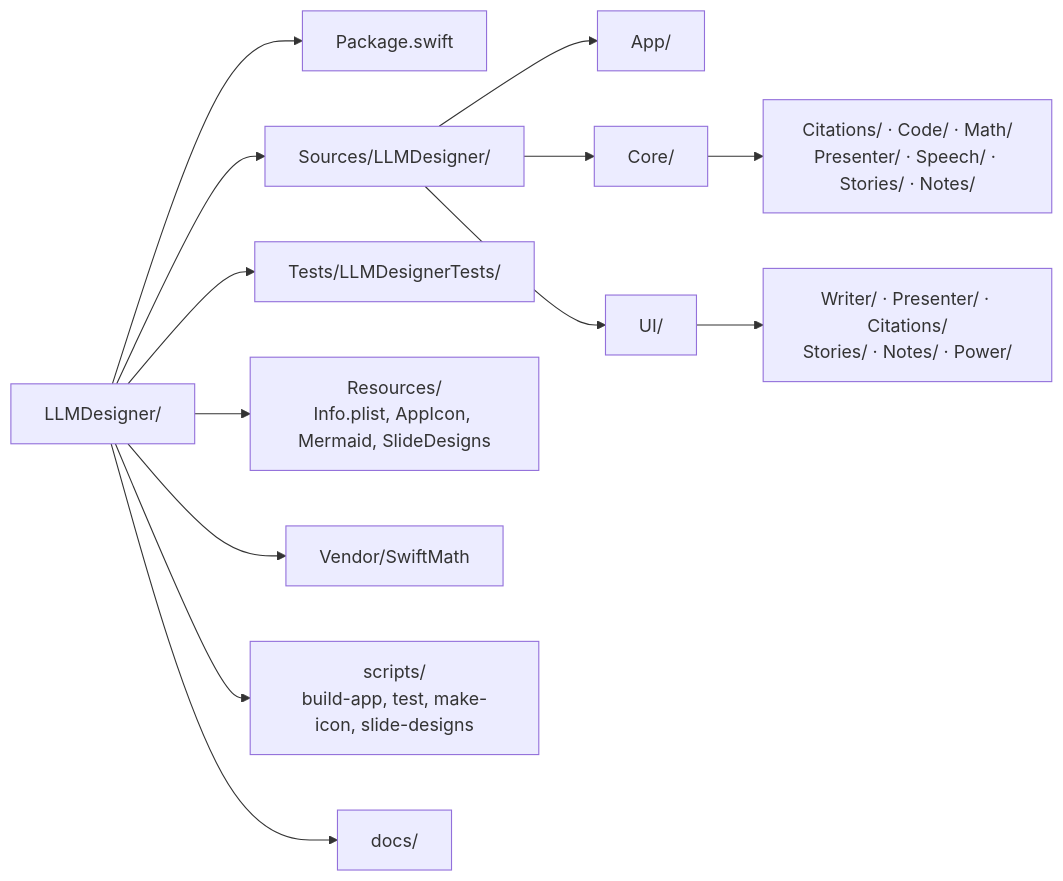
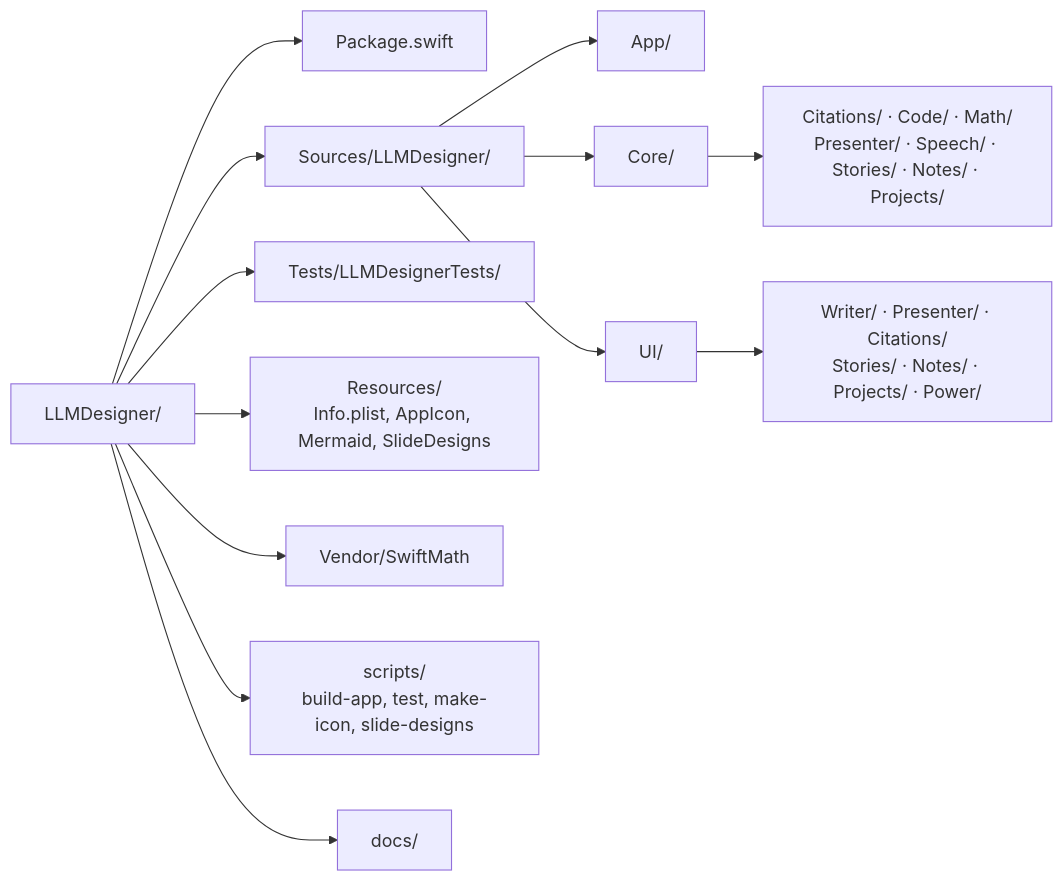
Before and after one commit to AlexEhrenberger/LLMDesigner: the first of 2 diagrams in docs/code.md, drawn with Mermaid. The commit also changed other lines of this file and 45 other files, not shown here.

````diff
--- a/docs/code.md
+++ b/docs/code.md
@@ -27,15 +27,15 @@
 ```mermaid
 flowchart LR
     R["LLMDesigner/"] --> P["Package.swift"]
     R --> S["Sources/LLMDesigner/"]
     R --> T["Tests/LLMDesignerTests/"]
     R --> RE["Resources/<br/>Info.plist, AppIcon, Mermaid, SlideDesigns"]
     R --> V["Vendor/SwiftMath"]
     R --> SC["scripts/<br/>build-app, test, make-icon, slide-designs"]
     R --> D["docs/"]
     S --> A["App/"]
     S --> C["Core/"]
     S --> U["UI/"]
-    C --> C1["Citations/ · Code/ · Math/<br/>Presenter/ · Speech/ · Stories/ · Notes/"]
-    U --> U1["Writer/ · Presenter/ · Citations/<br/>Stories/ · Notes/ · Power/"]
+    C --> C1["Citations/ · Code/ · Math/<br/>Presenter/ · Speech/ · Stories/ · Notes/ · Projects/"]
+    U --> U1["Writer/ · Presenter/ · Citations/<br/>Stories/ · Notes/ · Projects/ · Power/"]
 ```
````
